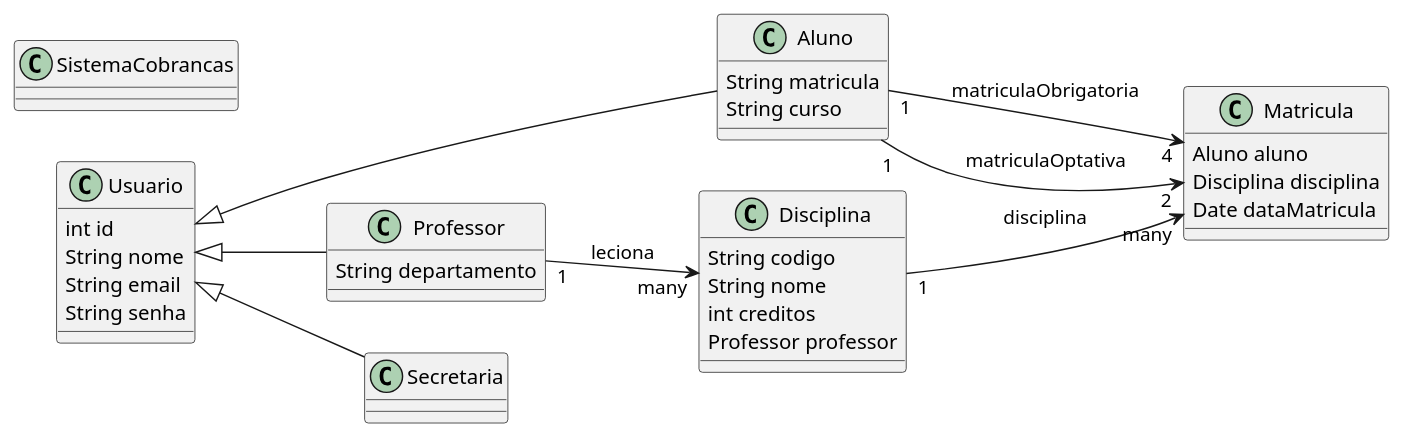
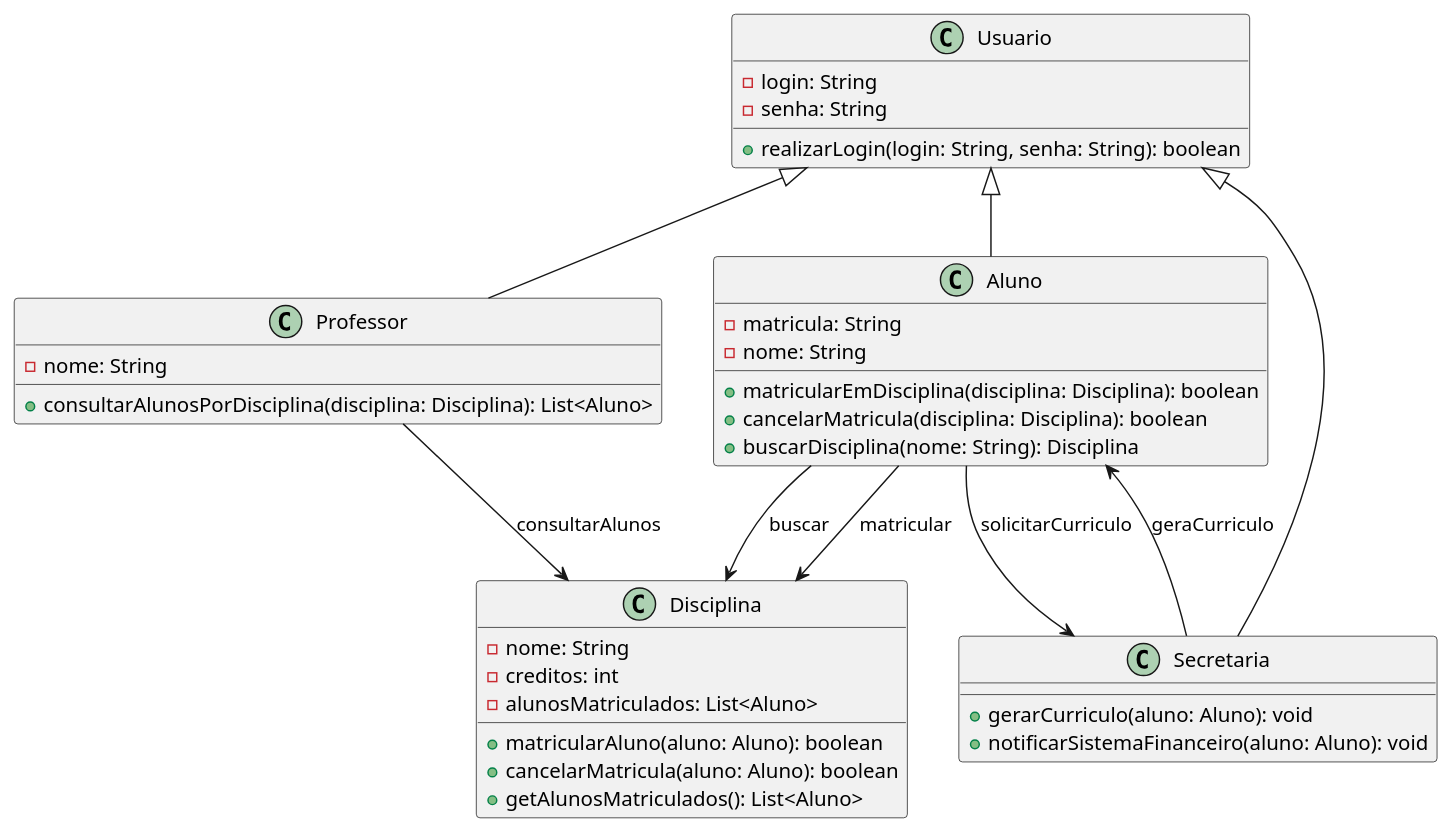
Before and after one commit to PedroRamos98/SistemaDeMatriculas: the diagram in project/code/DiagramaDeClasses.puml, drawn with PlantUML. The commit also changed 7 other files, not shown here.

Commit message:
chore: class diagram impl, and corrections

```diff
--- a/project/code/DiagramaDeClasses.puml
+++ b/project/code/DiagramaDeClasses.puml
@@ -1,49 +1,46 @@
 @startuml
-
-left to right direction
-
 class Usuario {
-    int id
-    String nome
-    String email
-    String senha
+    -login: String
+    -senha: String
+    +realizarLogin(login: String, senha: String): boolean
 }
 
 class Aluno {
-    String matricula
-    String curso
+    -matricula: String
+    -nome: String
+    +matricularEmDisciplina(disciplina: Disciplina): boolean
+    +cancelarMatricula(disciplina: Disciplina): boolean
+    +buscarDisciplina(nome: String): Disciplina
 }
 
 class Professor {
-    String departamento
+    -nome: String
+    +consultarAlunosPorDisciplina(disciplina: Disciplina): List<Aluno>
 }
 
 class Secretaria {
-}
-
-class SistemaCobrancas {
+    +gerarCurriculo(aluno: Aluno): void
+    +notificarSistemaFinanceiro(aluno: Aluno): void
 }
 
 class Disciplina {
-    String codigo
-    String nome
-    int creditos
-    Professor professor
+    -nome: String
+    -creditos: int
+    -alunosMatriculados: List<Aluno>
+    +matricularAluno(aluno: Aluno): boolean
+    +cancelarMatricula(aluno: Aluno): boolean
+    +getAlunosMatriculados(): List<Aluno>
 }
 
-class Matricula {
-    Aluno aluno
-    Disciplina disciplina
-    Date dataMatricula
-}
+
 
 Usuario <|-- Aluno
 Usuario <|-- Professor
 Usuario <|-- Secretaria
 
-Aluno "1" --> "4" Matricula : matriculaObrigatoria
-Aluno "1" --> "2" Matricula : matriculaOptativa
-Disciplina "1" --> "many" Matricula : disciplina
-Professor "1" --> "many" Disciplina : leciona
-
+Aluno --> Disciplina : matricular
+Aluno --> Secretaria : solicitarCurriculo
+Aluno --> Disciplina : buscar
+Professor --> Disciplina : consultarAlunos
+Secretaria --> Aluno : geraCurriculo
 @enduml
```
